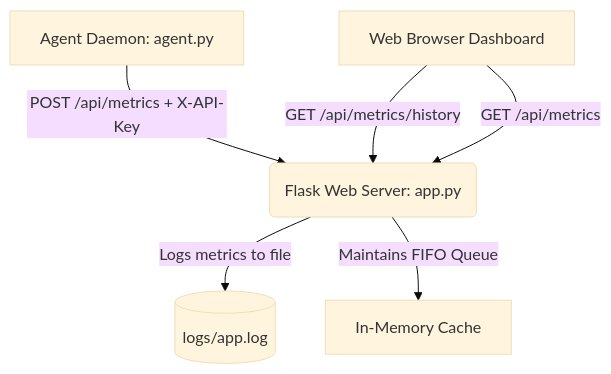
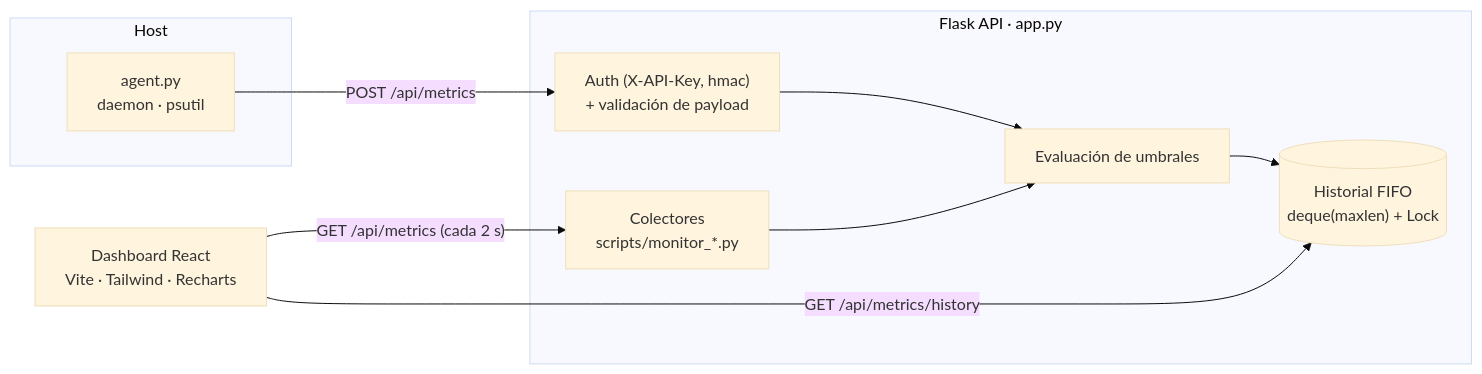
Before and after one commit to DiegoTepichin/sys-monitor: the diagram in README.md, drawn with Mermaid (base theme). The commit also changed other lines of this file, not shown here.

First line of the commit message:
docs: rewrite README with architecture, design decisions and benchmarks

````diff
--- a/README.md
+++ b/README.md
@@ -11,8 +30,19 @@
 ```mermaid
-graph TD
-    A[Agent Daemon: agent.py] -->|POST /api/metrics + X-API-Key| B(Flask Web Server: app.py)
-    C[Web Browser Dashboard] -->|GET /api/metrics/history| B
-    C -->|GET /api/metrics| B
-    B -->|Logs metrics to file| D[(logs/app.log)]
-    B -->|Maintains FIFO Queue| E[In-Memory Cache]
+flowchart LR
+    subgraph Host
+        A["agent.py<br/>daemon · psutil"]
+    end
+
+    subgraph Server["Flask API · app.py"]
+        V["Auth (X-API-Key, hmac)<br/>+ validación de payload"]
+        T["Evaluación de umbrales"]
+        H[("Historial FIFO<br/>deque(maxlen) + Lock")]
+        C["Colectores<br/>scripts/monitor_*.py"]
+    end
+
+    U["Dashboard React<br/>Vite · Tailwind · Recharts"]
+
+    A -- "POST /api/metrics" --> V --> T --> H
+    U -- "GET /api/metrics (cada 2 s)" --> C --> T
+    U -- "GET /api/metrics/history" --> H
 ```
````
